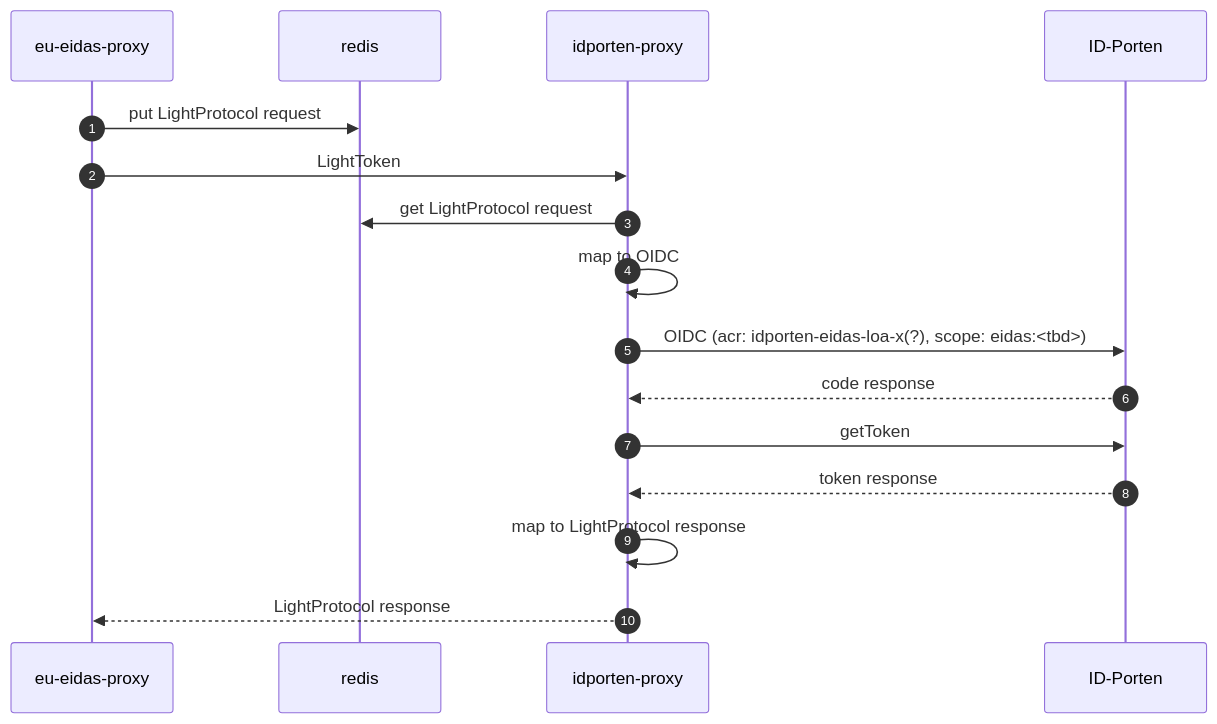
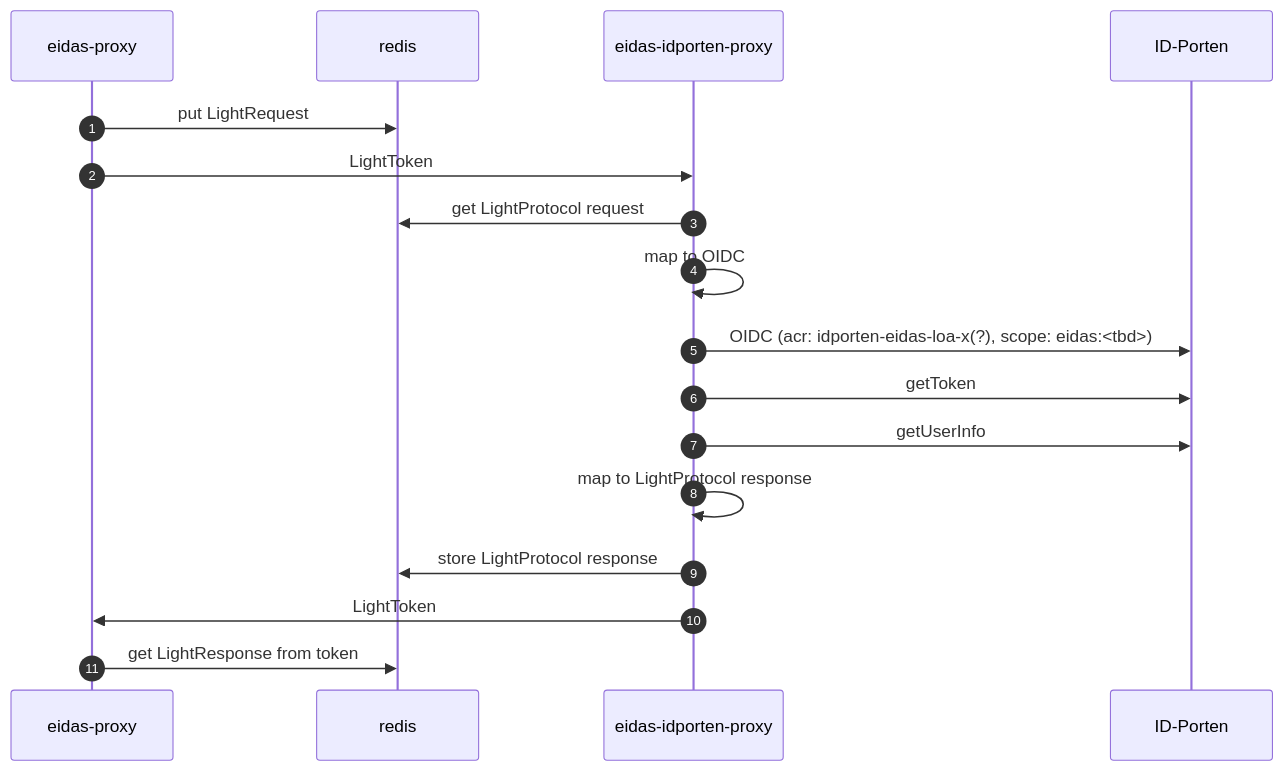
Before and after one commit to felleslosninger/eidas-idporten-proxy: the diagram in README.md, drawn with Mermaid. The commit also changed other lines of this file and 15 other files, not shown here.

````diff
--- a/README.md
+++ b/README.md
@@ -17,19 +17,20 @@
 ```mermaid  
 sequenceDiagram
     autonumber
-    participant NEP as eu-eidas-proxy
+    participant NEP as eidas-proxy
     participant RED as redis
-    participant SEP as idporten-proxy
+    participant SEP as eidas-idporten-proxy
     participant IL as ID-Porten
-    NEP ->> RED: put LightProtocol request
+    NEP ->> RED: put LightRequest
     NEP ->> SEP: LightToken
     SEP ->> RED: get LightProtocol request
     SEP ->> SEP: map to OIDC
     SEP ->> IL: OIDC (acr: idporten-eidas-loa-x(?), scope: eidas:<tbd>)
-    IL -->> SEP: code response
     SEP ->> IL: getToken
-    IL -->> SEP: token response
+    SEP ->> IL: getUserInfo
     SEP ->> SEP: map to LightProtocol response
-    SEP -->> NEP: LightProtocol response
+    SEP ->> RED: store LightProtocol response
+    SEP ->> NEP: LightToken
+    NEP ->> RED: get LightResponse from token
 
 ```    
````
